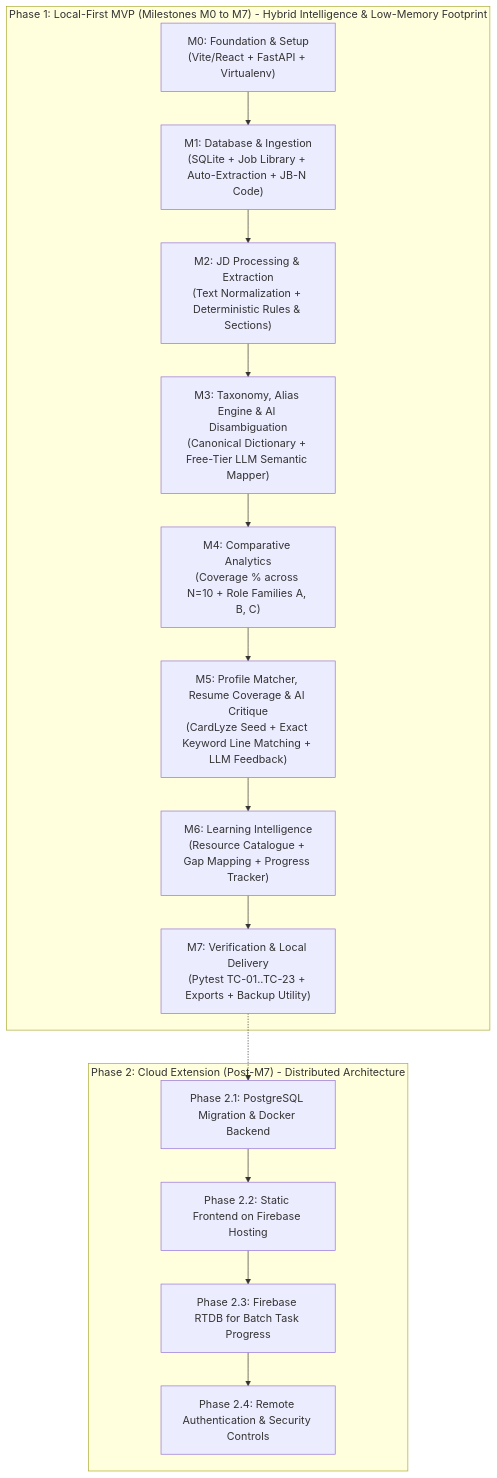
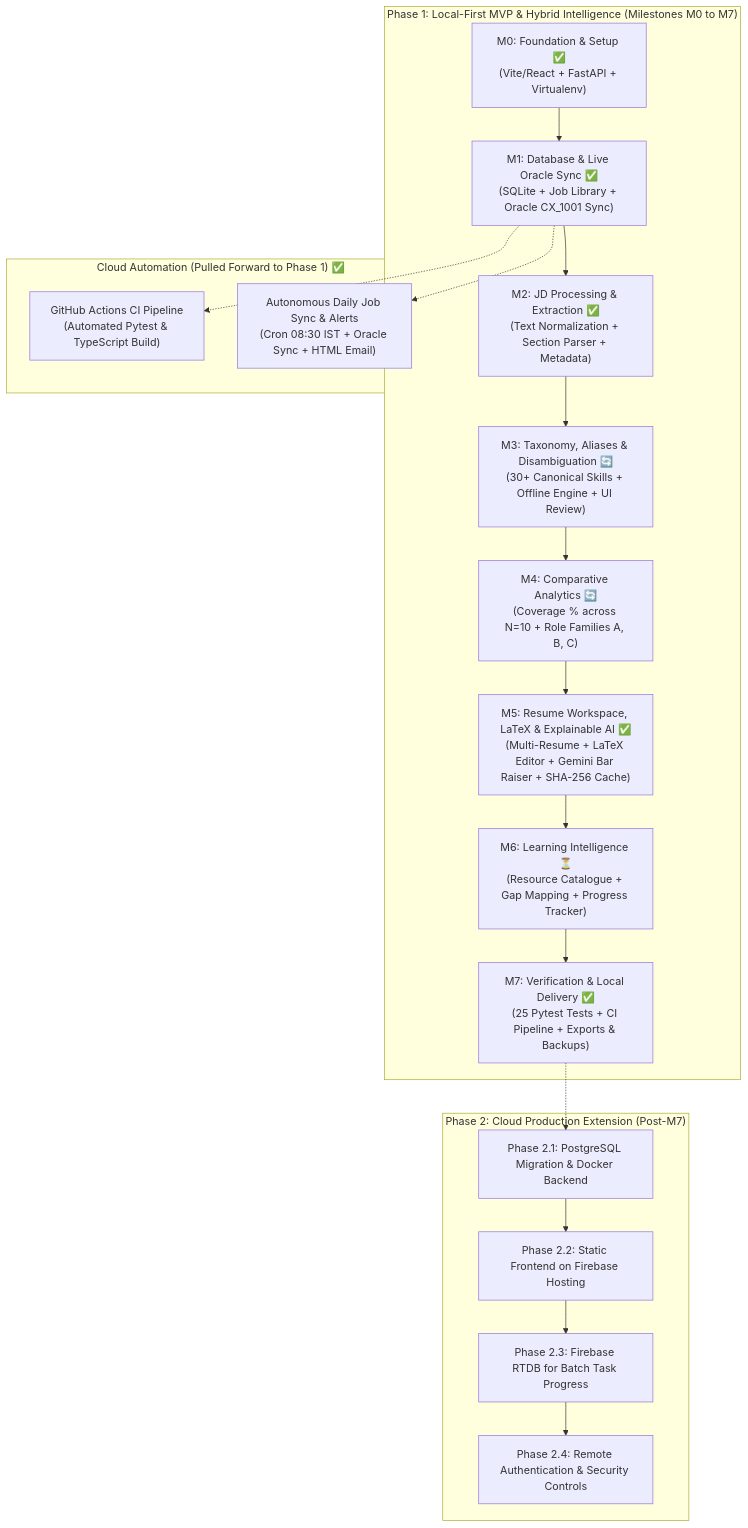
Before and after one commit to myself-moons/JP_Morgan_Career_Intelligence: the diagram in phases.md, drawn with Mermaid. The commit also changed other lines of this file and 1 other file, not shown here.

Commit message:
docs: update implementation roadmap to v2.0 reflecting live sync, explainable AI, and GitHub workflows

````diff
--- a/phases.md
+++ b/phases.md
@@ -11,19 +11,24 @@
 ```mermaid
 flowchart TD
-    subgraph Phase1["Phase 1: Local-First MVP (Milestones M0 to M7) - Hybrid Intelligence & Low-Memory Footprint"]
-        M0["M0: Foundation & Setup<br>(Vite/React + FastAPI + Virtualenv)"] --> M1["M1: Database & Ingestion<br>(SQLite + Job Library + Auto-Extraction + JB-N Code)"]
-        M1 --> M2["M2: JD Processing & Extraction<br>(Text Normalization + Deterministic Rules & Sections)"]
-        M2 --> M3["M3: Taxonomy, Alias Engine & AI Disambiguation<br>(Canonical Dictionary + Free-Tier LLM Semantic Mapper)"]
-        M3 --> M4["M4: Comparative Analytics<br>(Coverage % across N=10 + Role Families A, B, C)"]
-        M4 --> M5["M5: Profile Matcher, Resume Coverage & AI Critique<br>(CardLyze Seed + Exact Keyword Line Matching + LLM Feedback)"]
-        M5 --> M6["M6: Learning Intelligence<br>(Resource Catalogue + Gap Mapping + Progress Tracker)"]
-        M6 --> M7["M7: Verification & Local Delivery<br>(Pytest TC-01..TC-23 + Exports + Backup Utility)"]
+    subgraph Phase1["Phase 1: Local-First MVP & Hybrid Intelligence (Milestones M0 to M7)"]
+        M0["M0: Foundation & Setup ✅<br>(Vite/React + FastAPI + Virtualenv)"] --> M1["M1: Database & Live Oracle Sync ✅<br>(SQLite + Job Library + Oracle CX_1001 Sync)"]
+        M1 --> M2["M2: JD Processing & Extraction ✅<br>(Text Normalization + Section Parser + Metadata)"]
+        M2 --> M3["M3: Taxonomy, Aliases & Disambiguation 🔄<br>(30+ Canonical Skills + Offline Engine + UI Review)"]
+        M3 --> M4["M4: Comparative Analytics 🔄<br>(Coverage % across N=10 + Role Families A, B, C)"]
+        M4 --> M5["M5: Resume Workspace, LaTeX & Explainable AI ✅<br>(Multi-Resume + LaTeX Editor + Gemini Bar Raiser + SHA-256 Cache)"]
+        M5 --> M6["M6: Learning Intelligence ⏳<br>(Resource Catalogue + Gap Mapping + Progress Tracker)"]
+        M6 --> M7["M7: Verification & Local Delivery ✅<br>(25 Pytest Tests + CI Pipeline + Exports & Backups)"]
     end
 
-    subgraph Phase2["Phase 2: Cloud Extension (Post-M7) - Distributed Architecture"]
+    subgraph Phase1_Cloud["Cloud Automation (Pulled Forward to Phase 1) ✅"]
+        M1 -.-> GHA_CI["GitHub Actions CI Pipeline<br>(Automated Pytest & TypeScript Build)"]
+        M1 -.-> GHA_Cron["Autonomous Daily Job Sync & Alerts<br>(Cron 08:30 IST + Oracle Sync + HTML Email)"]
+    end
+
+    subgraph Phase2["Phase 2: Cloud Production Extension (Post-M7)"]
         M7 -.-> P2_1["Phase 2.1: PostgreSQL Migration & Docker Backend"]
         P2_1 --> P2_2["Phase 2.2: Static Frontend on Firebase Hosting"]
         P2_2 --> P2_3["Phase 2.3: Firebase RTDB for Batch Task Progress"]
         P2_3 --> P2_4["Phase 2.4: Remote Authentication & Security Controls"]
     end
 ```
````
